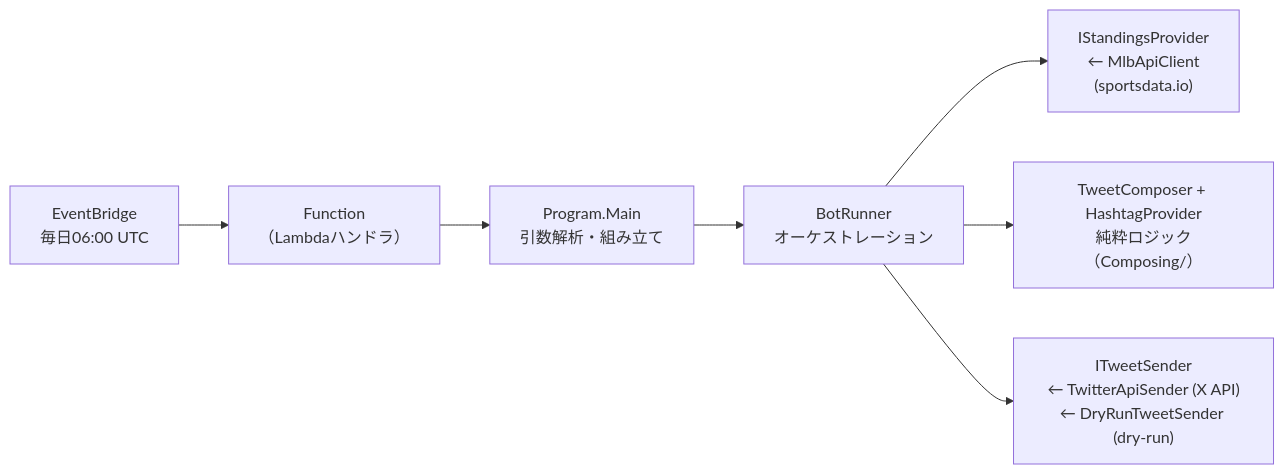
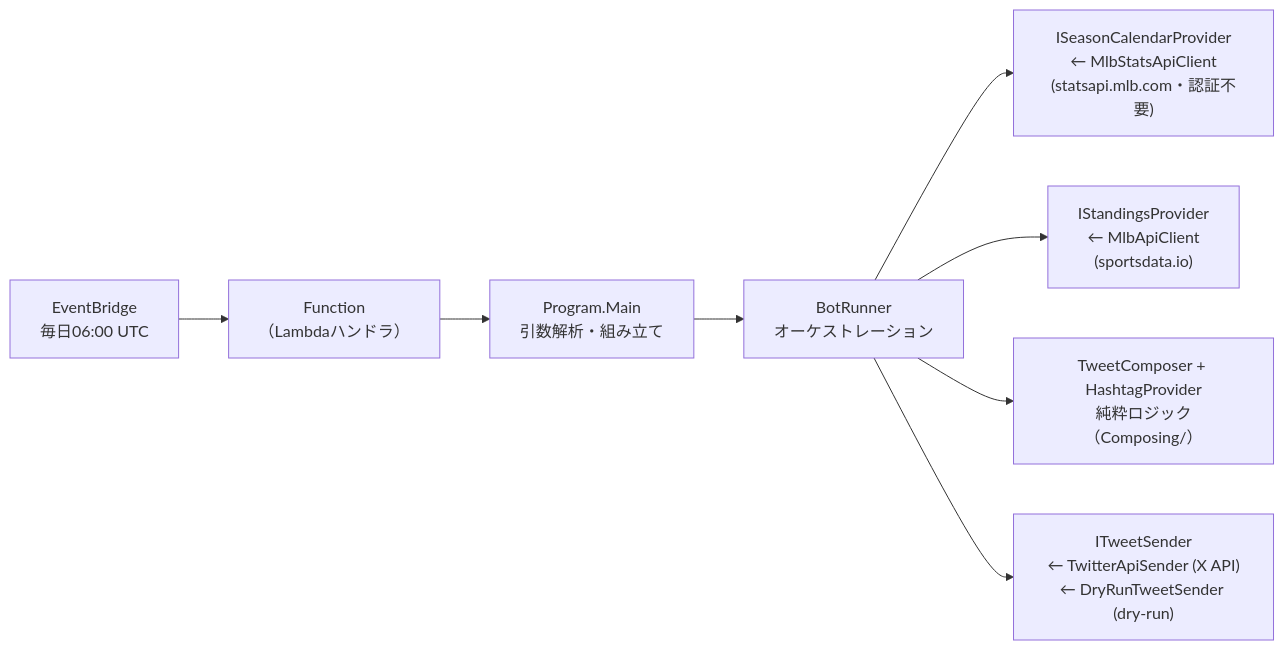
Before and after one commit to shin4488/MlbBot: the diagram in CLAUDE.md, drawn with Mermaid. The commit also changed other lines of this file and 1 other file, not shown here.

First line of the commit message:
docs: シーズン自動停止をアーキテクチャ図とドメイン知識に反映

````diff
--- a/CLAUDE.md
+++ b/CLAUDE.md
@@ -9,7 +9,8 @@
 ```mermaid
 flowchart LR
     EB["EventBridge<br>毎日06:00 UTC"] --> F["Function<br>（Lambdaハンドラ）"] --> P["Program.Main<br>引数解析・組み立て"] --> R["BotRunner<br>オーケストレーション"]
+    R --> SCP["ISeasonCalendarProvider<br>← MlbStatsApiClient<br>(statsapi.mlb.com・認証不要)"]
     R --> MAC["IStandingsProvider<br>← MlbApiClient<br>(sportsdata.io)"]
     R --> TC["TweetComposer + HashtagProvider<br>純粋ロジック（Composing/）"]
     R --> ITS["ITweetSender<br>← TwitterApiSender (X API)<br>← DryRunTweetSender (dry-run)"]
 ```
````
